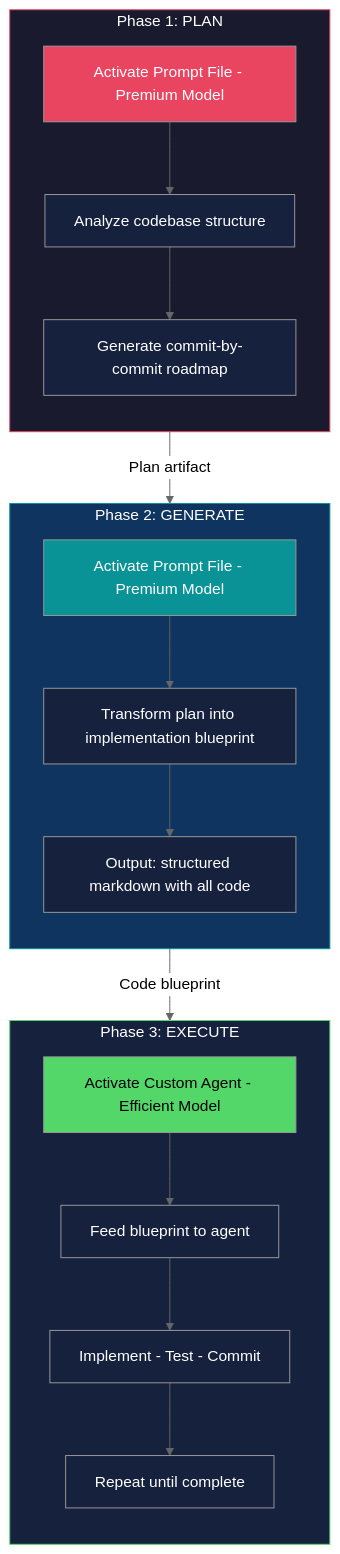
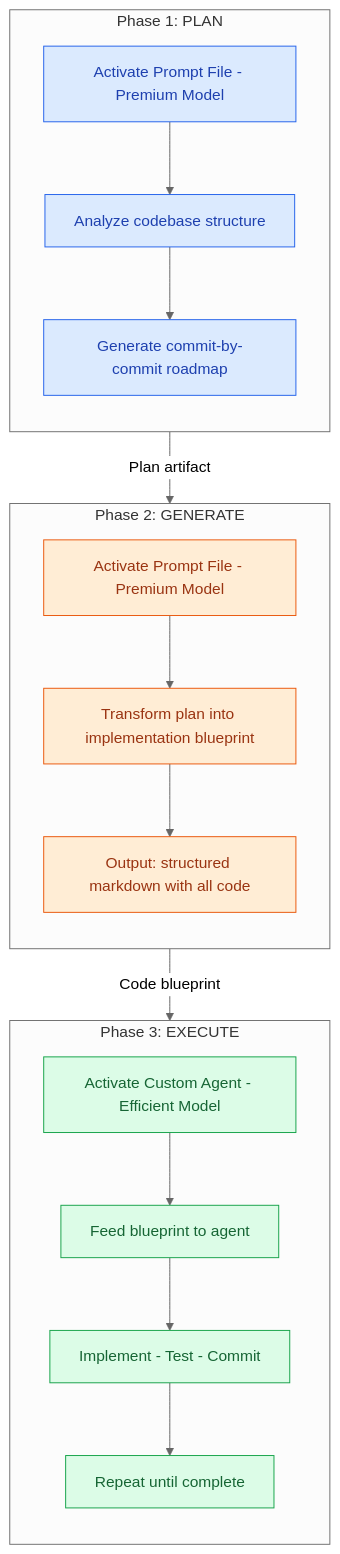
Before and after one commit to raj-champion-trader/rajchampaneriya.github.io: the third of 3 diagrams in hugo-site/content/blog/2026/01/1.understanding-vscode-copilot-chat-architecture.md, drawn with Mermaid (neutral theme). The commit also changed other lines of this file and 4 other files, not shown here.

Commit message:
style: Enhance Mermaid diagram support with semantic node classes and guidelines for consistent theming

````diff
--- a/hugo-site/content/blog/2026/01/1.understanding-vscode-copilot-chat-architecture.md
+++ b/hugo-site/content/blog/2026/01/1.understanding-vscode-copilot-chat-architecture.md
@@ -129,40 +129,31 @@
 ```mermaid
 flowchart TB
+  classDef primary fill:#dbeafe,stroke:#2563eb,color:#1e40af
+  classDef secondary fill:#dcfce7,stroke:#16a34a,color:#166534
+  classDef accent fill:#ffedd5,stroke:#ea580c,color:#9a3412
+
   subgraph Phase1["Phase 1: PLAN"]
     direction TB
-    P1["Activate Prompt File - Premium Model"]
-    P1A["Analyze codebase structure"]
-    P1B["Generate commit-by-commit roadmap"]
+    P1["Activate Prompt File - Premium Model"]:::primary
+    P1A["Analyze codebase structure"]:::primary
+    P1B["Generate commit-by-commit roadmap"]:::primary
     P1 --> P1A --> P1B
   end
   subgraph Phase2["Phase 2: GENERATE"]
     direction TB
-    P2["Activate Prompt File - Premium Model"]
-    P2A["Transform plan into implementation blueprint"]
-    P2B["Output: structured markdown with all code"]
+    P2["Activate Prompt File - Premium Model"]:::accent
+    P2A["Transform plan into implementation blueprint"]:::accent
+    P2B["Output: structured markdown with all code"]:::accent
     P2 --> P2A --> P2B
   end
   subgraph Phase3["Phase 3: EXECUTE"]
     direction TB
-    P3["Activate Custom Agent - Efficient Model"]
-    P3A["Feed blueprint to agent"]
-    P3B["Implement - Test - Commit"]
-    P3C["Repeat until complete"]
+    P3["Activate Custom Agent - Efficient Model"]:::secondary
+    P3A["Feed blueprint to agent"]:::secondary
+    P3B["Implement - Test - Commit"]:::secondary
+    P3C["Repeat until complete"]:::secondary
     P3 --> P3A --> P3B --> P3C
   end
   Phase1 -->|"Plan artifact"| Phase2
   Phase2 -->|"Code blueprint"| Phase3
-  style Phase1 fill:#1a1a2e,stroke:#e94560,color:#fff
-  style Phase2 fill:#0f3460,stroke:#0a9396,color:#fff
-  style Phase3 fill:#16213e,stroke:#53d769,color:#fff
-  style P1 fill:#e94560,color:#fff
-  style P2 fill:#0a9396,color:#fff
-  style P3 fill:#53d769,color:#000
-  style P1A fill:#16213e,color:#fff
-  style P1B fill:#16213e,color:#fff
-  style P2A fill:#16213e,color:#fff
-  style P2B fill:#16213e,color:#fff
-  style P3A fill:#16213e,color:#fff
-  style P3B fill:#16213e,color:#fff
-  style P3C fill:#16213e,color:#fff
 ```
````
